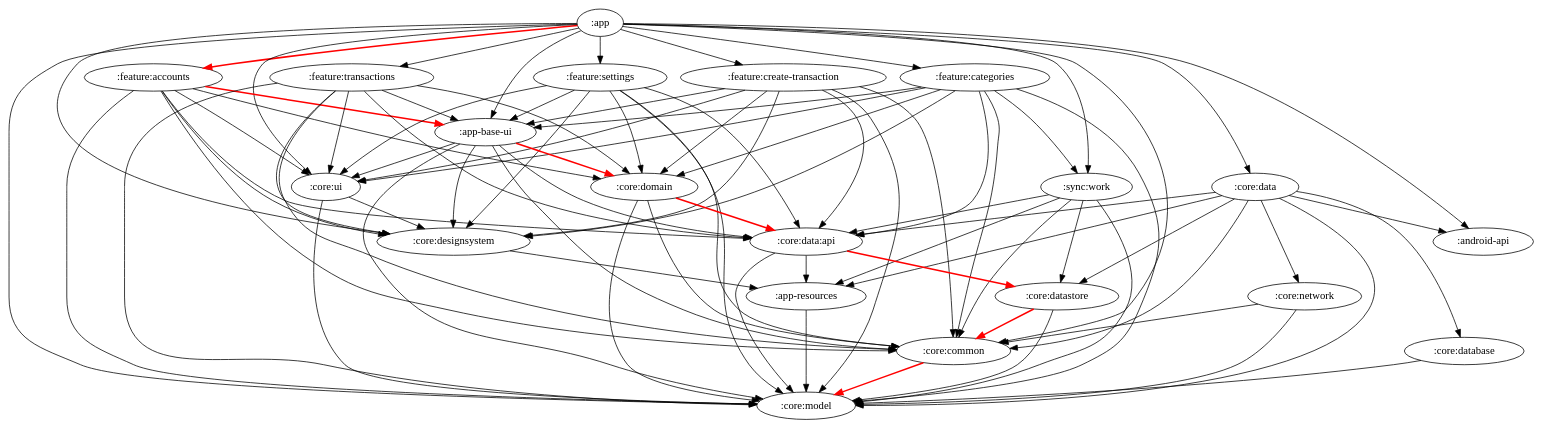
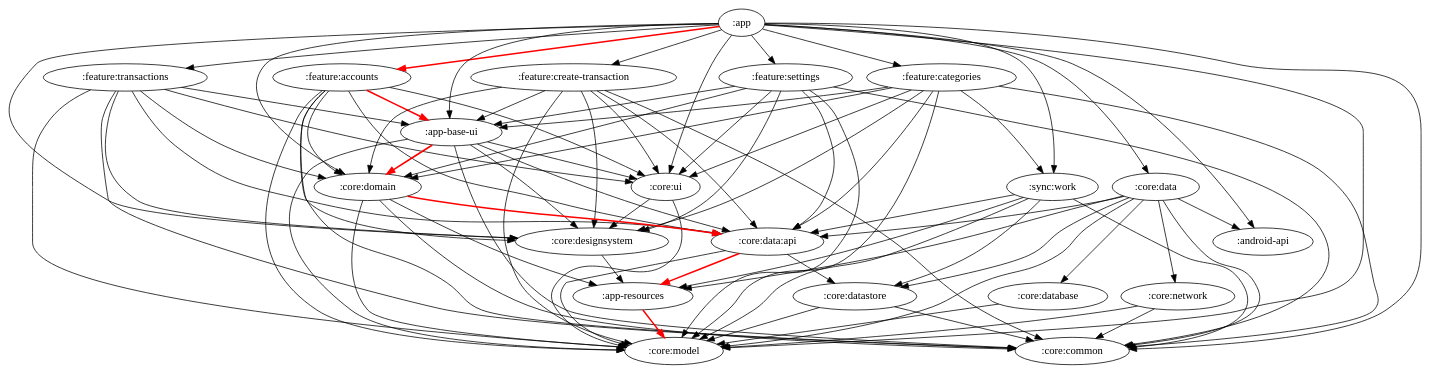
The diagram in all_modules3.dot (vladsakun/ExpensesTracker), drawn with Graphviz before and after one commit. The commit also changed 15 other files, not shown here.

Commit message:
Remove one height of the build graph. Common does not need model module

```diff
--- a/all_modules3.dot
+++ b/all_modules3.dot
@@ -1,86 +1,87 @@
 digraph G {
     ":app" -> ":feature:accounts" [color = red style = bold]
     ":app" -> ":feature:transactions"
     ":app" -> ":feature:categories"
     ":app" -> ":feature:settings"
     ":app" -> ":feature:create-transaction"
     ":app" -> ":android-api"
     ":app" -> ":app-base-ui"
     ":app" -> ":core:common"
     ":app" -> ":core:data"
     ":app" -> ":core:model"
     ":app" -> ":core:designsystem"
     ":app" -> ":core:ui"
+    ":app" -> ":core:domain"
     ":app" -> ":sync:work"
     ":feature:accounts" -> ":core:model"
     ":feature:accounts" -> ":core:ui"
     ":feature:accounts" -> ":core:designsystem"
     ":feature:accounts" -> ":core:data:api"
     ":feature:accounts" -> ":core:common"
     ":feature:accounts" -> ":core:domain"
     ":feature:accounts" -> ":app-base-ui" [color = red style = bold]
     ":feature:transactions" -> ":core:model"
     ":feature:transactions" -> ":core:ui"
     ":feature:transactions" -> ":core:designsystem"
     ":feature:transactions" -> ":core:data:api"
     ":feature:transactions" -> ":core:common"
     ":feature:transactions" -> ":core:domain"
     ":feature:transactions" -> ":app-base-ui"
     ":feature:categories" -> ":core:model"
     ":feature:categories" -> ":core:ui"
     ":feature:categories" -> ":core:designsystem"
     ":feature:categories" -> ":core:data:api"
     ":feature:categories" -> ":core:common"
     ":feature:categories" -> ":core:domain"
     ":feature:categories" -> ":app-base-ui"
     ":feature:categories" -> ":sync:work"
     ":feature:settings" -> ":core:model"
     ":feature:settings" -> ":core:ui"
     ":feature:settings" -> ":core:designsystem"
     ":feature:settings" -> ":core:data:api"
     ":feature:settings" -> ":core:common"
     ":feature:settings" -> ":core:domain"
     ":feature:settings" -> ":app-base-ui"
     ":feature:create-transaction" -> ":core:model"
     ":feature:create-transaction" -> ":core:ui"
     ":feature:create-transaction" -> ":core:designsystem"
     ":feature:create-transaction" -> ":core:data:api"
     ":feature:create-transaction" -> ":core:common"
     ":feature:create-transaction" -> ":core:domain"
     ":feature:create-transaction" -> ":app-base-ui"
     ":app-base-ui" -> ":core:data:api"
     ":app-base-ui" -> ":core:domain" [color = red style = bold]
     ":app-base-ui" -> ":core:common"
     ":app-base-ui" -> ":core:ui"
     ":app-base-ui" -> ":core:model"
     ":app-base-ui" -> ":core:designsystem"
-    ":core:common" -> ":core:model" [color = red style = bold]
     ":core:data" -> ":core:data:api"
     ":core:data" -> ":app-resources"
     ":core:data" -> ":core:common"
     ":core:data" -> ":core:database"
     ":core:data" -> ":core:datastore"
     ":core:data" -> ":core:model"
     ":core:data" -> ":core:network"
     ":core:data" -> ":android-api"
     ":core:designsystem" -> ":app-resources"
     ":core:ui" -> ":core:designsystem"
     ":core:ui" -> ":core:model"
+    ":core:domain" -> ":core:data:api" [color = red style = bold]
+    ":core:domain" -> ":core:common"
+    ":core:domain" -> ":core:model"
+    ":core:domain" -> ":app-resources"
     ":sync:work" -> ":app-resources"
     ":sync:work" -> ":core:common"
     ":sync:work" -> ":core:datastore"
     ":sync:work" -> ":core:model"
     ":sync:work" -> ":core:data:api"
     ":core:data:api" -> ":core:model"
-    ":core:data:api" -> ":app-resources"
-    ":core:data:api" -> ":core:datastore" [color = red style = bold]
-    ":core:domain" -> ":core:data:api" [color = red style = bold]
-    ":core:domain" -> ":core:common"
-    ":core:domain" -> ":core:model"
-    ":app-resources" -> ":core:model"
-    ":core:datastore" -> ":core:common" [color = red style = bold]
+    ":core:data:api" -> ":app-resources" [color = red style = bold]
+    ":core:data:api" -> ":core:datastore"
+    ":app-resources" -> ":core:model" [color = red style = bold]
+    ":core:datastore" -> ":core:common"
     ":core:datastore" -> ":core:model"
     ":core:database" -> ":core:model"
     ":core:network" -> ":core:common"
     ":core:network" -> ":core:model"
 }
```
